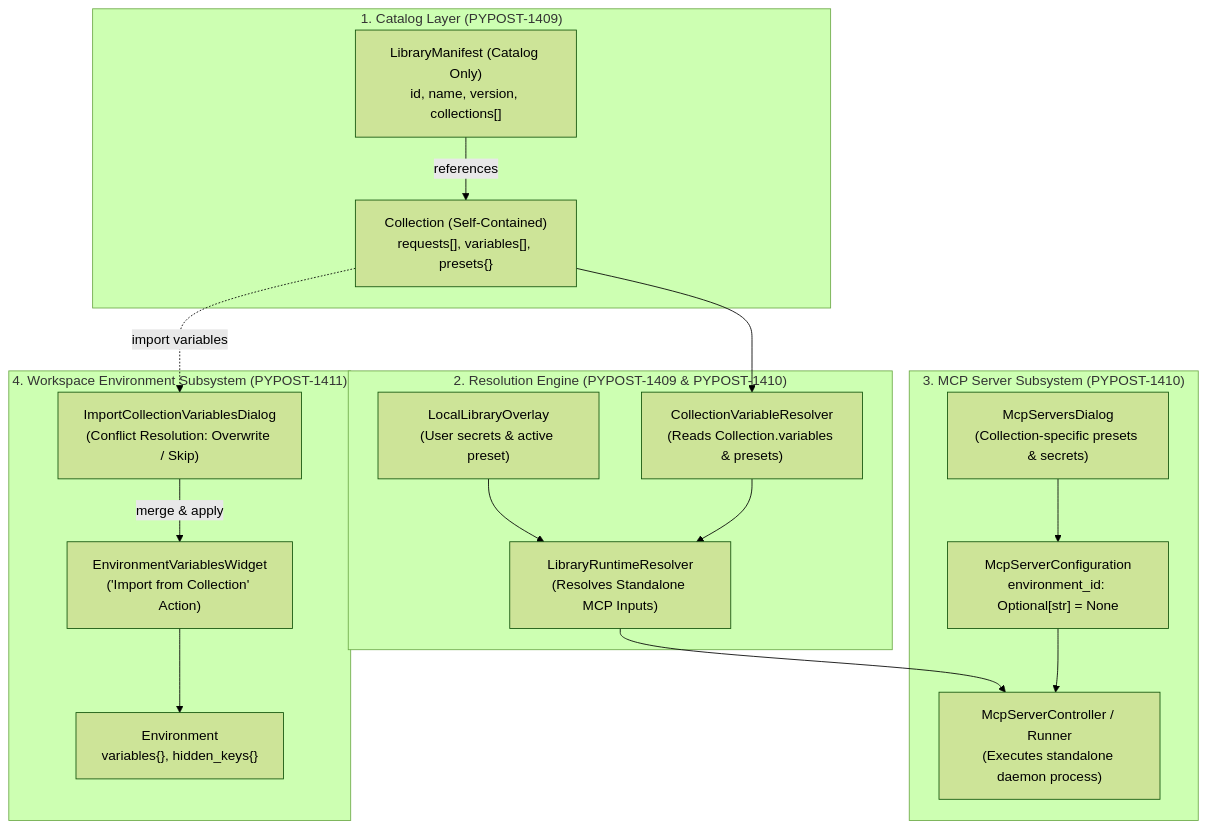
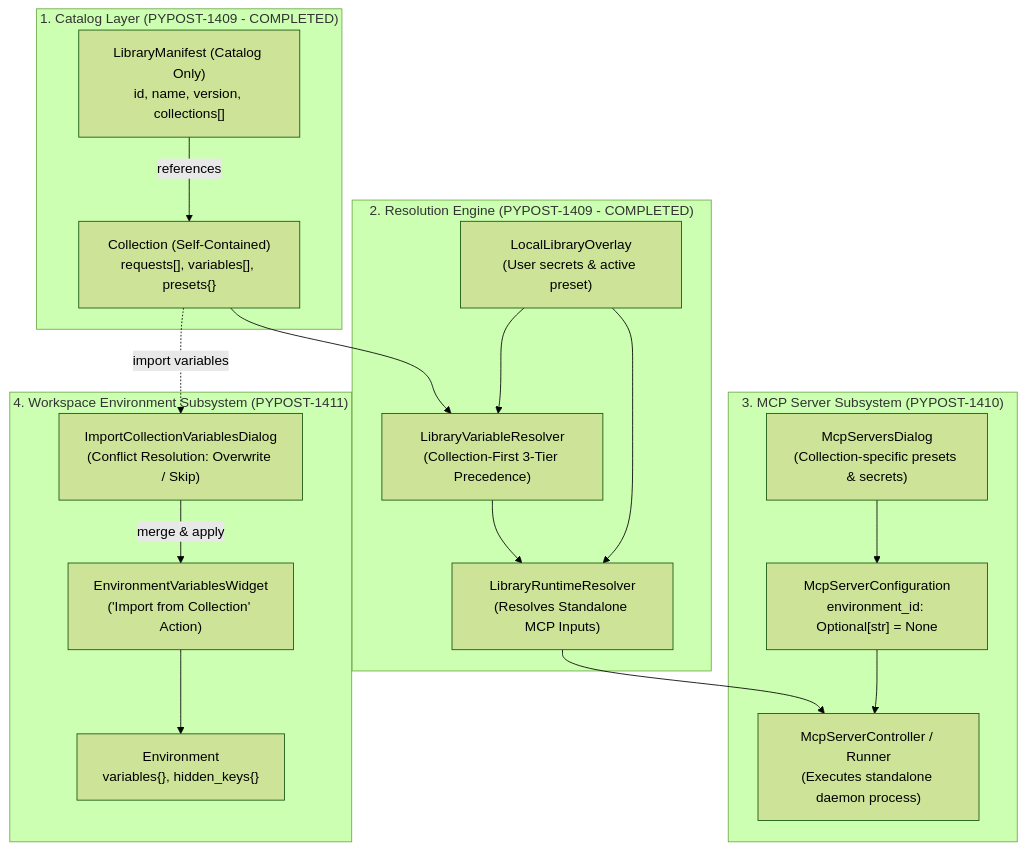
Before and after one commit to koctep/pypost: the first of 5 diagrams in doc/dev/collection_scoped_variables.md, drawn with Mermaid (forest theme). The commit also changed other lines of this file and 16 other files, not shown here.

First line of the commit message:
feat(library): establish collection-scoped variables and catalog manifest [PYPOST-1409]

````diff
--- a/doc/dev/collection_scoped_variables.md
+++ b/doc/dev/collection_scoped_variables.md
@@ -21,35 +23,36 @@
 ```mermaid
 flowchart TB
-    subgraph CatalogLayer["1. Catalog Layer (PYPOST-1409)"]
+    subgraph CatalogLayer["1. Catalog Layer (PYPOST-1409 - COMPLETED)"]
         LM["LibraryManifest (Catalog Only)<br/>id, name, version, collections[]"]
         COL["Collection (Self-Contained)<br/>requests[], variables[], presets{}"]
         LM -->|references| COL
     end
 
-    subgraph ResolutionLayer["2. Resolution Engine (PYPOST-1409 & PYPOST-1410)"]
-        CVR["CollectionVariableResolver<br/>(Reads Collection.variables & presets)"]
+    subgraph ResolutionLayer["2. Resolution Engine (PYPOST-1409 - COMPLETED)"]
+        LVR["LibraryVariableResolver<br/>(Collection-First 3-Tier Precedence)"]
         LRR["LibraryRuntimeResolver<br/>(Resolves Standalone MCP Inputs)"]
         LLO["LocalLibraryOverlay<br/>(User secrets & active preset)"]
-        COL --> CVR
+        COL --> LVR
+        LLO --> LVR
+        LVR --> LRR
         LLO --> LRR
-        CVR --> LRR
     end
 
     subgraph McpLayer["3. MCP Server Subsystem (PYPOST-1410)"]
         MSC["McpServerConfiguration<br/>environment_id: Optional[str] = None"]
         MSD["McpServersDialog<br/>(Collection-specific presets & secrets)"]
         MSK["McpServerController / Runner<br/>(Executes standalone daemon process)"]
         LRR --> MSK
         MSC --> MSK
         MSD --> MSC
     end
 
     subgraph WorkspaceLayer["4. Workspace Environment Subsystem (PYPOST-1411)"]
         ENV["Environment<br/>variables{}, hidden_keys{}"]
         EVW["EnvironmentVariablesWidget<br/>('Import from Collection' Action)"]
         ICD["ImportCollectionVariablesDialog<br/>(Conflict Resolution: Overwrite / Skip)"]
         COL -.->|import variables| ICD
         ICD -->|merge & apply| EVW
         EVW --> ENV
     end
 ```
````
